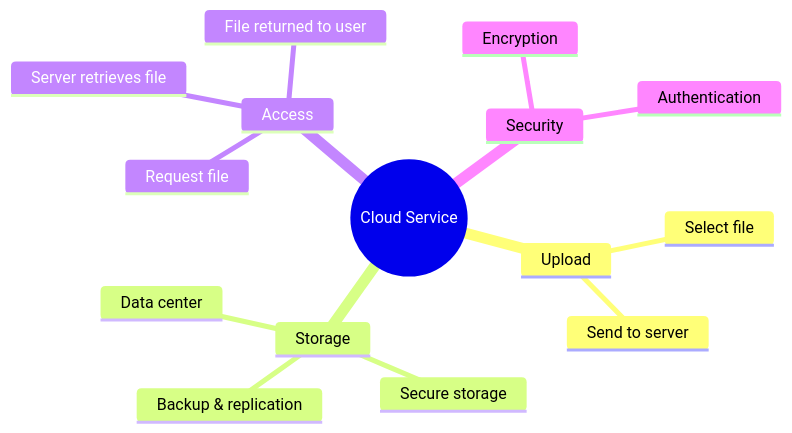
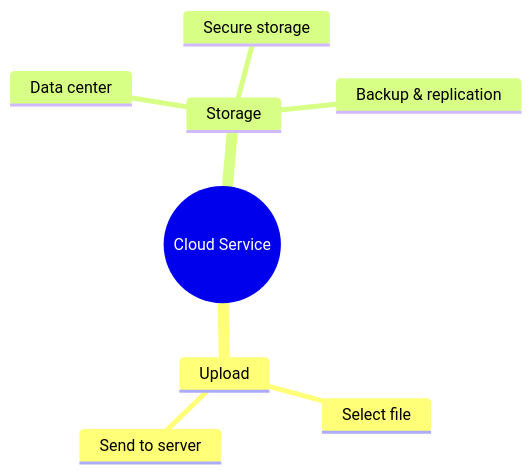
Before and after one commit to RajatBhapri/Rajat_fullstack: the fourth of 5 diagrams in foundations/fullstack_drills/fullstack/tools-course/10-documentation-tips/large-exercise.md, drawn with Mermaid.

````diff
--- a/foundations/fullstack_drills/fullstack/tools-course/10-documentation-tips/large-exercise.md
+++ b/foundations/fullstack_drills/fullstack/tools-course/10-documentation-tips/large-exercise.md
@@ -56,18 +56,11 @@
 ```mermaid
 mindmap
   root((Cloud Service))
     Upload
       Select file
       Send to server
     Storage
       Data center
       Secure storage
       Backup & replication
-    Access
-      Request file
-      Server retrieves file
-      File returned to user
-    Security
-      Encryption
-      Authentication
 ```
````
